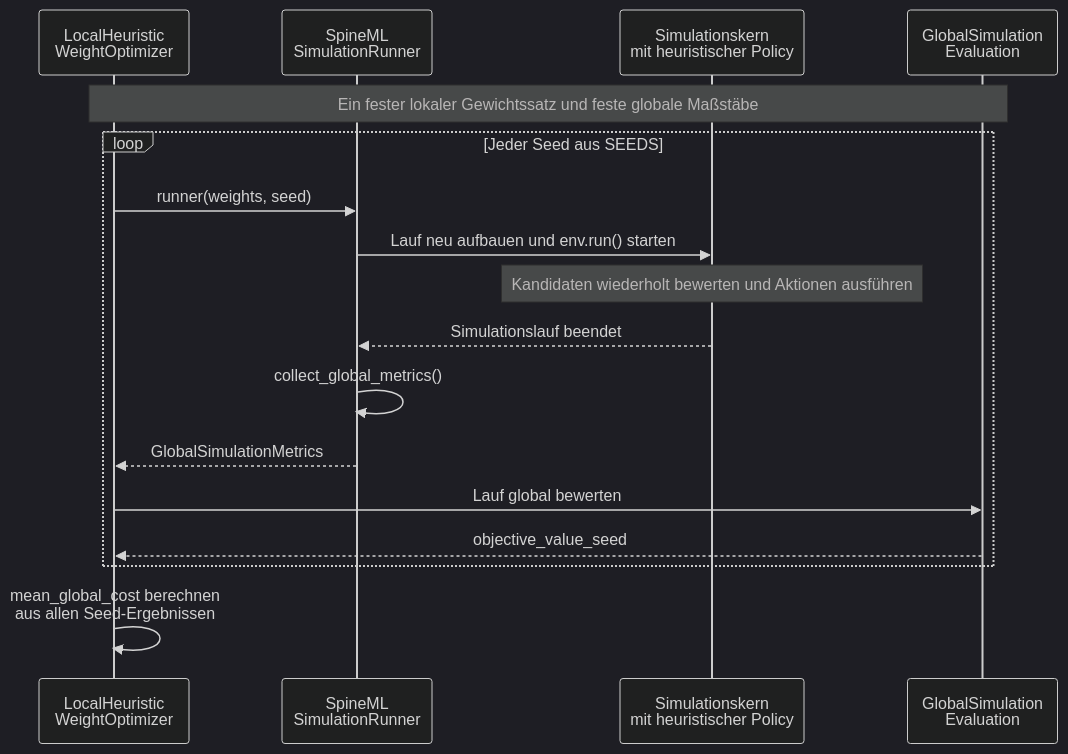
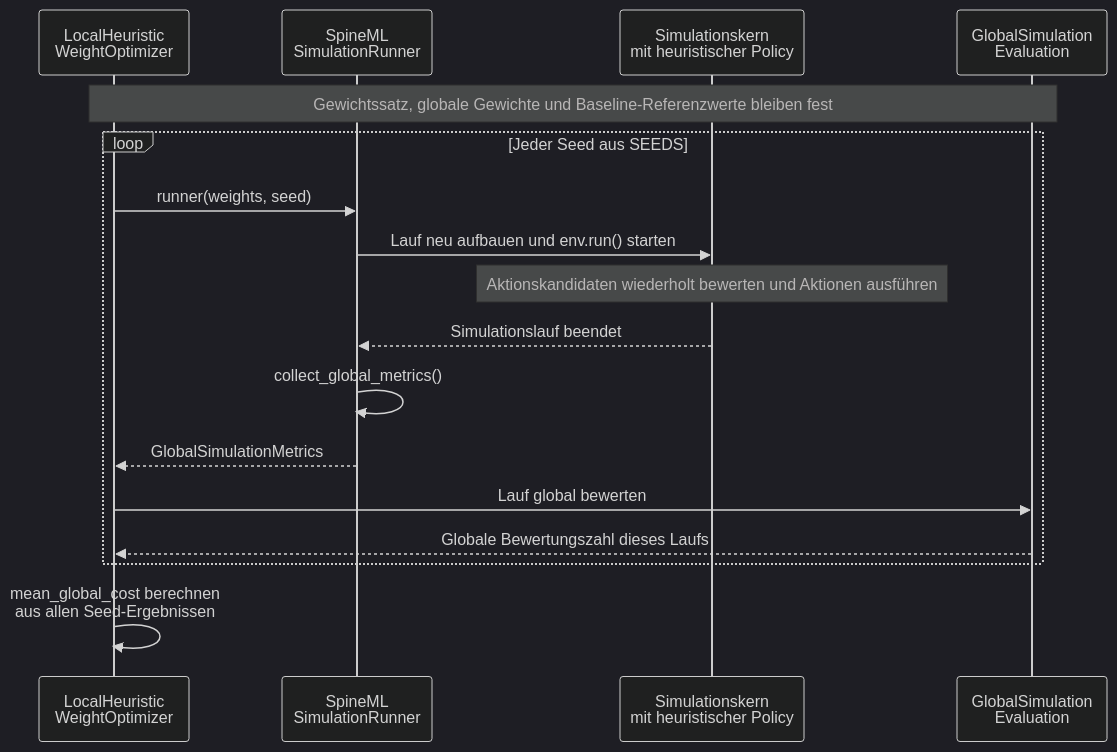
One commit to ghackenberg/SpineML changed diagram 15 of 15 in README.md. Above: the diagram before and after it, drawn with Mermaid (dark theme). The commit also changed other lines of this file, not shown here.

Commit message:
Unify optimization walkthrough and seed-based diagrams

````diff
--- a/README.md
+++ b/README.md
@@ -2418,20 +2396,20 @@
 ```mermaid
 sequenceDiagram
     participant Optimizer as LocalHeuristic<br/>WeightOptimizer
     participant Runner as SpineML<br/>SimulationRunner
     participant Sim as Simulationskern<br/>mit heuristischer Policy
     participant Evaluation as GlobalSimulation<br/>Evaluation
 
-    Note over Optimizer,Evaluation: Ein fester lokaler Gewichtssatz und feste globale Maßstäbe
+    Note over Optimizer,Evaluation: Gewichtssatz, globale Gewichte und Baseline-Referenzwerte bleiben fest
     loop Jeder Seed aus SEEDS
         Optimizer->>Runner: runner(weights, seed)
         Runner->>Sim: Lauf neu aufbauen und env.run() starten
-        Note over Sim: Kandidaten wiederholt bewerten und Aktionen ausführen
+        Note over Sim: Aktionskandidaten wiederholt bewerten und Aktionen ausführen
         Sim-->>Runner: Simulationslauf beendet
         Runner->>Runner: collect_global_metrics()
         Runner-->>Optimizer: GlobalSimulationMetrics
         Optimizer->>Evaluation: Lauf global bewerten
-        Evaluation-->>Optimizer: objective_value_seed
+        Evaluation-->>Optimizer: Globale Bewertungszahl dieses Laufs
     end
     Optimizer->>Optimizer: mean_global_cost berechnen<br/>aus allen Seed-Ergebnissen
 ```
````
